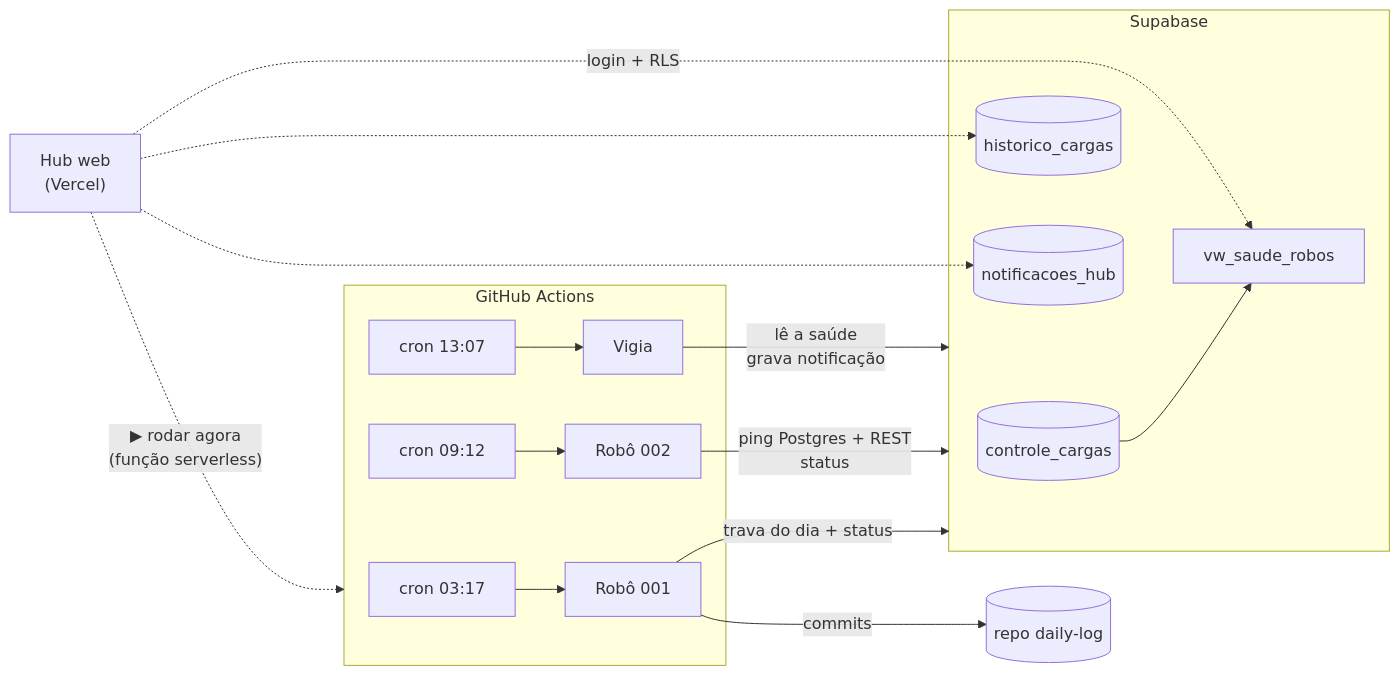
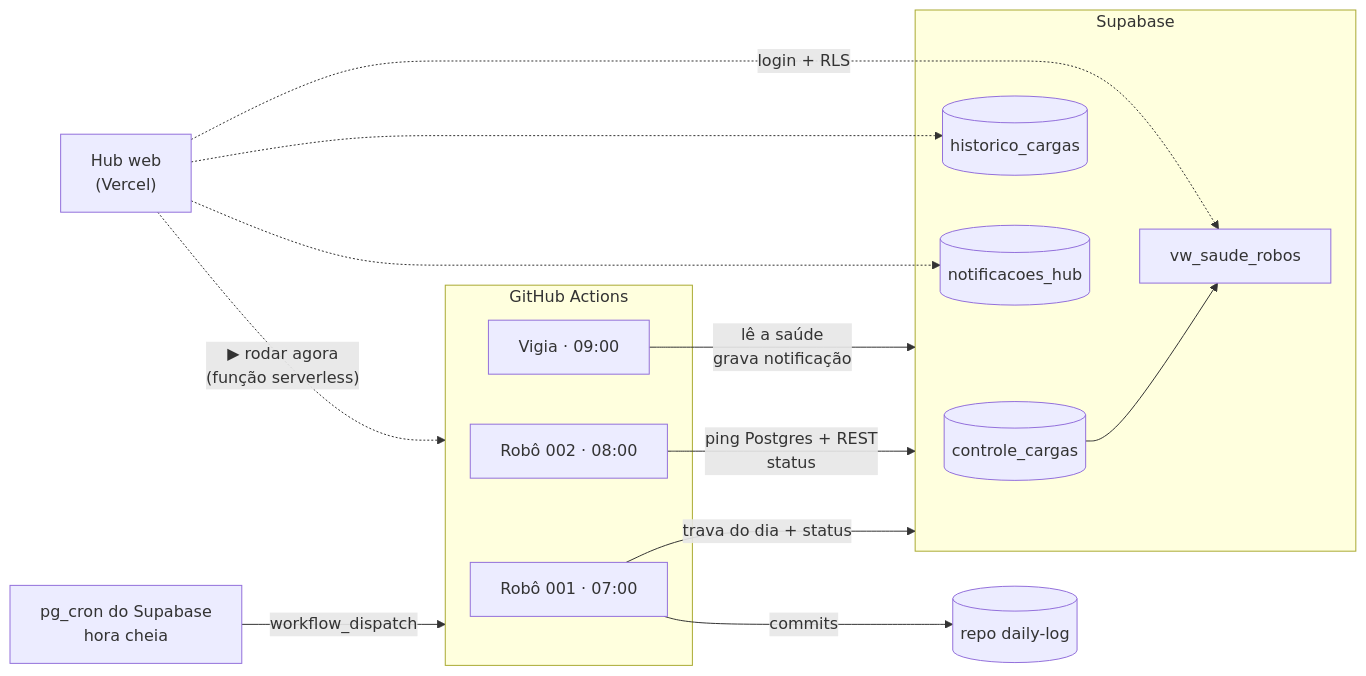
One commit to diegoscs/ambiente_dev changed the diagram in README.md. Above: the diagram before and after it, drawn with Mermaid. The commit also changed other lines of this file and 11 other files, not shown here.

First line of the commit message:
feat: robos em hora cheia pelo pg_cron do Supabase

````diff
--- a/README.md
+++ b/README.md
@@ -43,26 +51,27 @@
 ```mermaid
 flowchart LR
+    PC["pg_cron do Supabase<br/>hora cheia"] -- "workflow_dispatch" --> GA
     subgraph GA["GitHub Actions"]
-        C1["cron 03:17"] --> R1["Robô 001"]
-        C2["cron 09:12"] --> R2["Robô 002"]
-        C3["cron 13:07"] --> VG["Vigia"]
+        R1["Robô 001 · 07:00"]
+        R2["Robô 002 · 08:00"]
+        VG["Vigia · 09:00"]
     end
 
     R1 -- "commits" --> DL[("repo daily-log")]
     R1 -- "trava do dia + status" --> SB
     R2 -- "ping Postgres + REST<br/>status" --> SB
     VG -- "lê a saúde<br/>grava notificação" --> SB
 
     subgraph SB["Supabase"]
         CC[("controle_cargas")]
         HC[("historico_cargas")]
         VW["vw_saude_robos"]
         NT[("notificacoes_hub")]
         CC --> VW
     end
 
     HUB["Hub web<br/>(Vercel)"] -. "login + RLS" .-> VW
     HUB -.-> HC
     HUB -.-> NT
     HUB -. "▶ rodar agora<br/>(função serverless)" .-> GA
 ```
````
